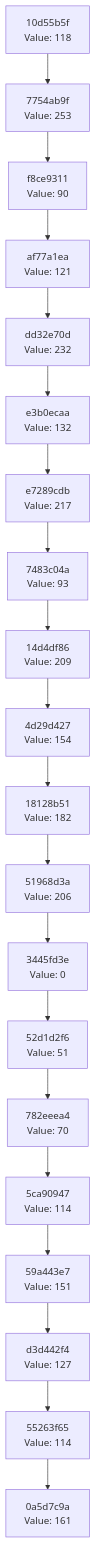
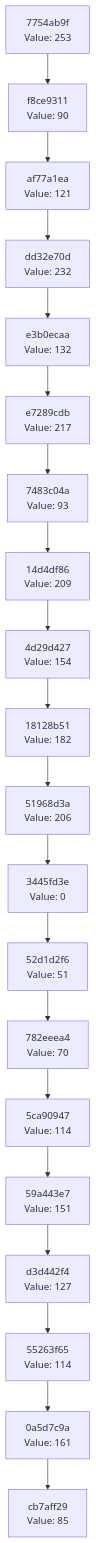
One commit to Abhisheksinha1506/hash-chain-evolver changed the diagram in docs/CHAIN_VISUALIZATION.md. Above: the diagram before and after it, drawn with Mermaid. The commit also changed 2 other files, not shown here.

Commit message:
Evolution Step

````diff
--- a/docs/CHAIN_VISUALIZATION.md
+++ b/docs/CHAIN_VISUALIZATION.md
@@ -3,42 +3,42 @@
 ```mermaid
 graph TD
-    C0["0a5d7c9a<br/>Value: 161"]
-    C1["55263f65<br/>Value: 114"]
+    C0["cb7aff29<br/>Value: 85"]
+    C1["0a5d7c9a<br/>Value: 161"]
     C1 --> C0
-    C2["d3d442f4<br/>Value: 127"]
+    C2["55263f65<br/>Value: 114"]
     C2 --> C1
-    C3["59a443e7<br/>Value: 151"]
+    C3["d3d442f4<br/>Value: 127"]
     C3 --> C2
-    C4["5ca90947<br/>Value: 114"]
+    C4["59a443e7<br/>Value: 151"]
     C4 --> C3
-    C5["782eeea4<br/>Value: 70"]
+    C5["5ca90947<br/>Value: 114"]
     C5 --> C4
-    C6["52d1d2f6<br/>Value: 51"]
+    C6["782eeea4<br/>Value: 70"]
     C6 --> C5
-    C7["3445fd3e<br/>Value: 0"]
+    C7["52d1d2f6<br/>Value: 51"]
     C7 --> C6
-    C8["51968d3a<br/>Value: 206"]
+    C8["3445fd3e<br/>Value: 0"]
     C8 --> C7
-    C9["18128b51<br/>Value: 182"]
+    C9["51968d3a<br/>Value: 206"]
     C9 --> C8
-    C10["4d29d427<br/>Value: 154"]
+    C10["18128b51<br/>Value: 182"]
     C10 --> C9
-    C11["14d4df86<br/>Value: 209"]
+    C11["4d29d427<br/>Value: 154"]
     C11 --> C10
-    C12["7483c04a<br/>Value: 93"]
+    C12["14d4df86<br/>Value: 209"]
     C12 --> C11
-    C13["e7289cdb<br/>Value: 217"]
+    C13["7483c04a<br/>Value: 93"]
     C13 --> C12
-    C14["e3b0ecaa<br/>Value: 132"]
+    C14["e7289cdb<br/>Value: 217"]
     C14 --> C13
-    C15["dd32e70d<br/>Value: 232"]
+    C15["e3b0ecaa<br/>Value: 132"]
     C15 --> C14
-    C16["af77a1ea<br/>Value: 121"]
+    C16["dd32e70d<br/>Value: 232"]
     C16 --> C15
-    C17["f8ce9311<br/>Value: 90"]
+    C17["af77a1ea<br/>Value: 121"]
     C17 --> C16
-    C18["7754ab9f<br/>Value: 253"]
+    C18["f8ce9311<br/>Value: 90"]
     C18 --> C17
-    C19["10d55b5f<br/>Value: 118"]
+    C19["7754ab9f<br/>Value: 253"]
     C19 --> C18
 ```
````
